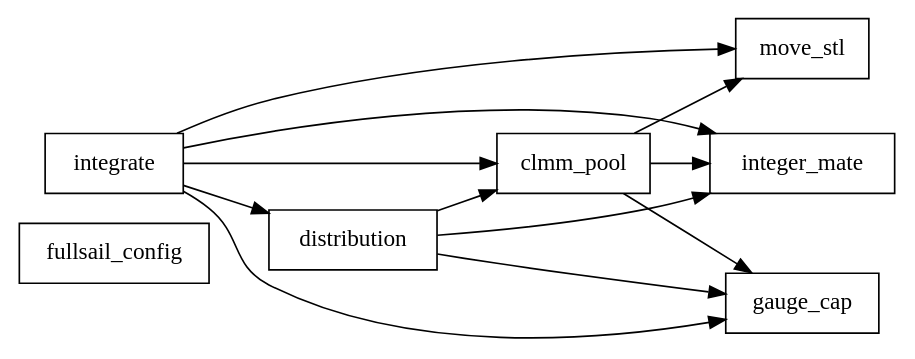
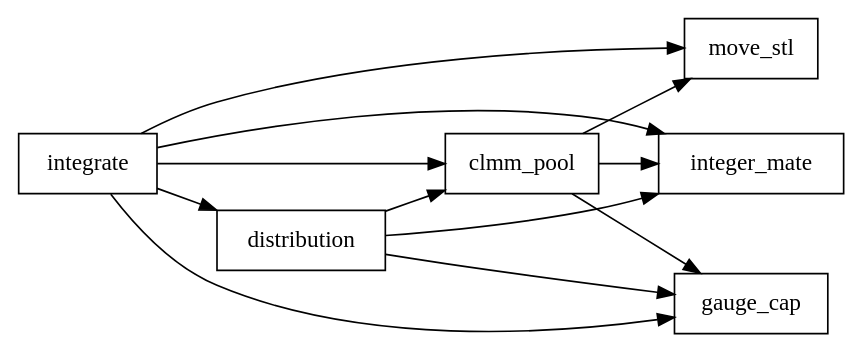
The diagram in dependency_graph.dot (LFBuild/FullSail-SC), drawn with Graphviz before and after one commit. The commit also changed 36 other files, not shown here.

```diff
--- a/dependency_graph.dot
+++ b/dependency_graph.dot
@@ -1,24 +1,23 @@
 digraph Dependencies {
     rankdir=LR;
     node [shape=box];
 
     // Nodes with no incoming dependencies
-    "fullsail_config";
     "integrate";
 
     // Dependency relationships:
     "distribution" -> "clmm_pool";
     "integrate"    -> "clmm_pool";
     "integrate"    -> "distribution";
 
     "clmm_pool"    -> "move_stl";
     "integrate"    -> "move_stl";
 
     "clmm_pool"    -> "integer_mate";
     "integrate"    -> "integer_mate";
     "distribution"  -> "integer_mate";
 
     "clmm_pool"    -> "gauge_cap";
     "distribution" -> "gauge_cap";
     "integrate"    -> "gauge_cap";
 }
```
